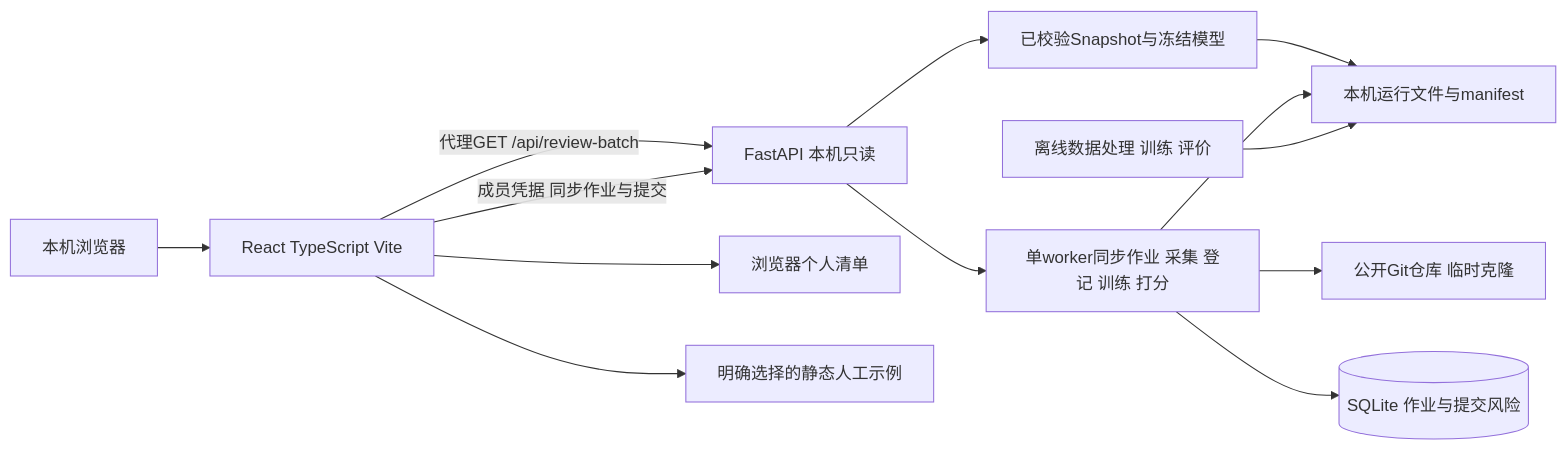
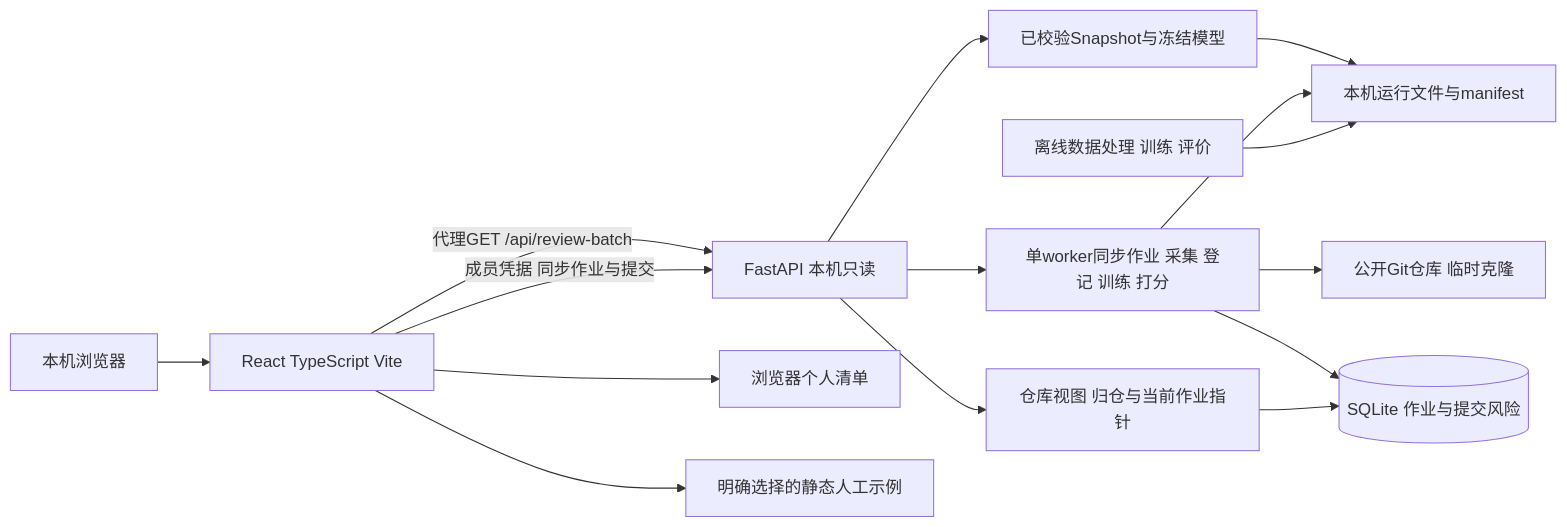
One commit to Sahier-hao/JIT changed the first of 6 diagrams in docs/产品设计文档.md. Above: the diagram before and after it, drawn with Mermaid. The commit also changed other lines of this file and 65 other files, not shown here.

````diff
--- a/docs/产品设计文档.md
+++ b/docs/产品设计文档.md
@@ -61,15 +61,17 @@
 ```mermaid
 flowchart LR
     B[本机浏览器] --> UI[React TypeScript Vite]
     UI -->|代理GET /api/review-batch| API[FastAPI 本机只读]
     UI -->|成员凭据 同步作业与提交| API
     API --> SNAP[已校验Snapshot与冻结模型]
     SNAP --> ART[本机运行文件与manifest]
     API --> SYNC[单worker同步作业 采集 登记 训练 打分]
     SYNC --> GIT[公开Git仓库 临时克隆]
     SYNC --> ART
     SYNC --> DB[(SQLite 作业与提交风险)]
+    API --> REPO[仓库视图 归仓与当前作业指针]
+    REPO --> DB
     CLI[离线数据处理 训练 评价] --> ART
     UI --> LOCAL[浏览器个人清单]
     UI --> DEMO[明确选择的静态人工示例]
 ```
````
